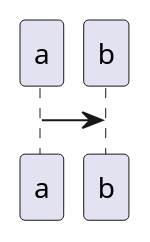
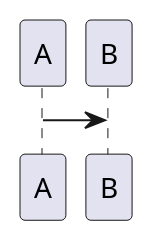
The first of 2 diagrams in investigasions.md (kitfactory/investigations), drawn with PlantUML before and after one commit. The commit also changed other lines of this file and 6 other files, not shown here.

````diff
--- a/investigasions.md
+++ b/investigasions.md
@@ -447,6 +423,5 @@
 ```plantuml
 @startuml
-a->b
-
+A->B
 @enduml
 ```
````
